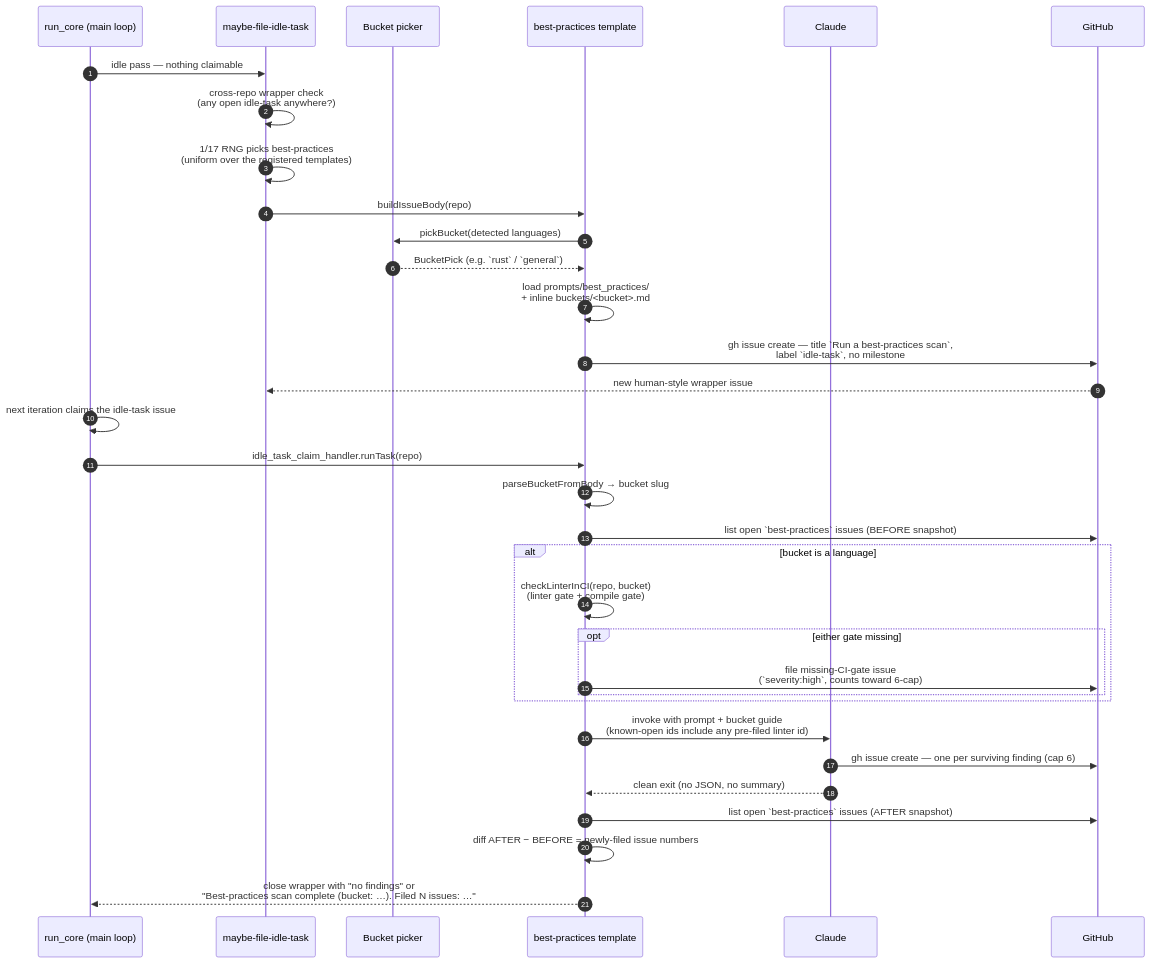
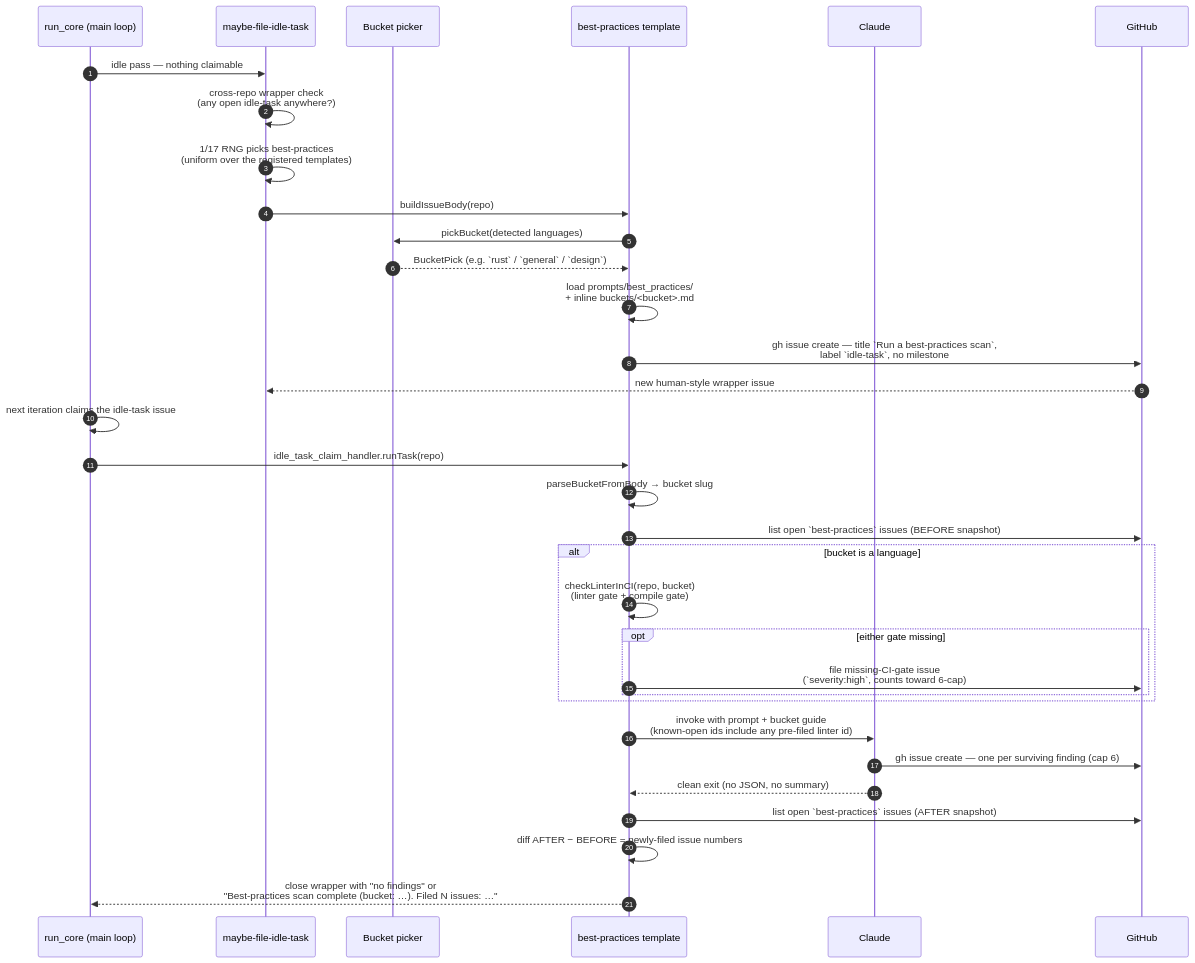
One commit to stSoftwareAU/VibeCoder changed the first of 2 diagrams in docs/BEST-PRACTICES-SCAN.md. Above: the diagram before and after it, drawn with Mermaid. The commit also changed other lines of this file and 13 other files, not shown here.

````diff
--- a/docs/BEST-PRACTICES-SCAN.md
+++ b/docs/BEST-PRACTICES-SCAN.md
@@ -192,36 +192,36 @@
 ```mermaid
 sequenceDiagram
     autonumber
     participant Main as run_core (main loop)
     participant Filer as maybe-file-idle-task
     participant Picker as Bucket picker
     participant Template as best-practices template
     participant Claude
     participant GH as GitHub
 
     Main->>Filer: idle pass — nothing claimable
     Filer->>Filer: cross-repo wrapper check<br/>(any open idle-task anywhere?)
     Filer->>Filer: 1/17 RNG picks best-practices<br/>(uniform over the registered templates)
     Filer->>Template: buildIssueBody(repo)
     Template->>Picker: pickBucket(detected languages)
-    Picker-->>Template: BucketPick (e.g. `rust` / `general`)
+    Picker-->>Template: BucketPick (e.g. `rust` / `general` / `design`)
     Template->>Template: load prompts/best_practices/<br/>+ inline buckets/<bucket>.md
     Template->>GH: gh issue create — title `Run a best-practices scan`,<br/>label `idle-task`, no milestone
     GH-->>Filer: new human-style wrapper issue
     Main->>Main: next iteration claims the idle-task issue
     Main->>Template: idle_task_claim_handler.runTask(repo)
     Template->>Template: parseBucketFromBody → bucket slug
     Template->>GH: list open `best-practices` issues (BEFORE snapshot)
     alt bucket is a language
         Template->>Template: checkLinterInCI(repo, bucket)<br/>(linter gate + compile gate)
         opt either gate missing
             Template->>GH: file missing-CI-gate issue<br/>(`severity:high`, counts toward 6-cap)
         end
     end
     Template->>Claude: invoke with prompt + bucket guide<br/>(known-open ids include any pre-filed linter id)
     Claude->>GH: gh issue create — one per surviving finding (cap 6)
     Claude-->>Template: clean exit (no JSON, no summary)
     Template->>GH: list open `best-practices` issues (AFTER snapshot)
     Template->>Template: diff AFTER − BEFORE = newly-filed issue numbers
     Template-->>Main: close wrapper with "no findings" or<br/>"Best-practices scan complete (bucket: …). Filed N issues: …"
 ```
````
